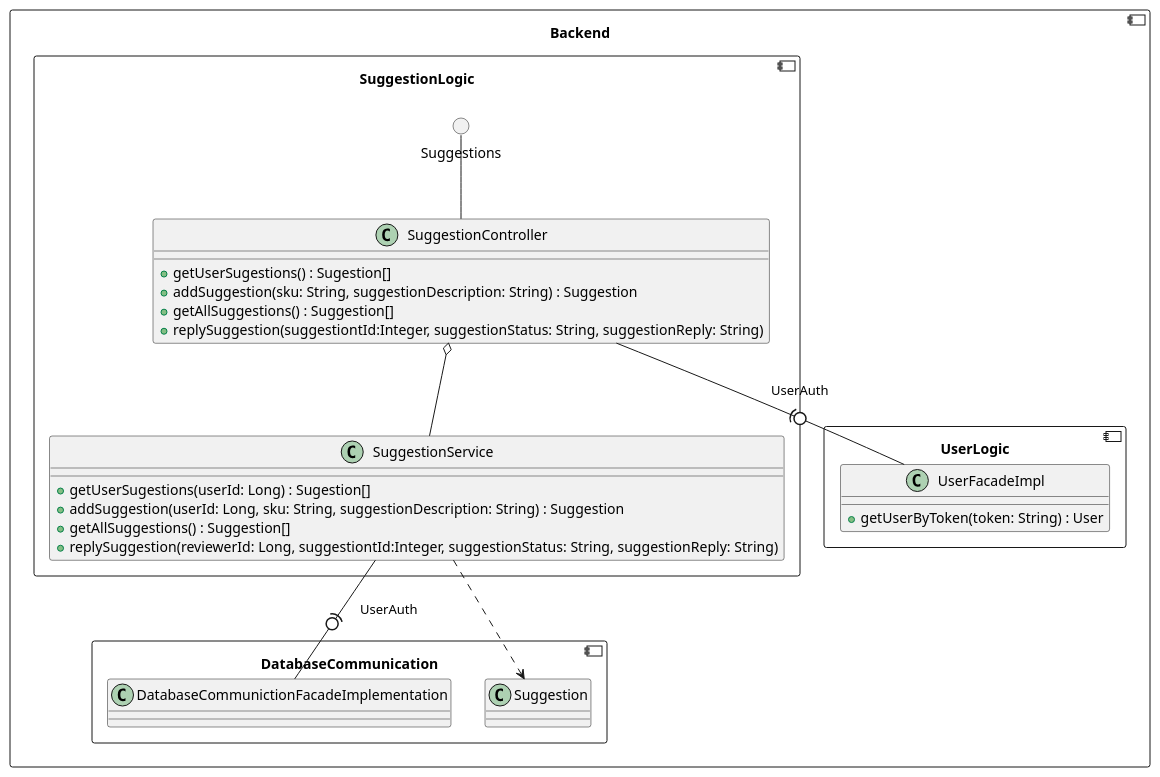
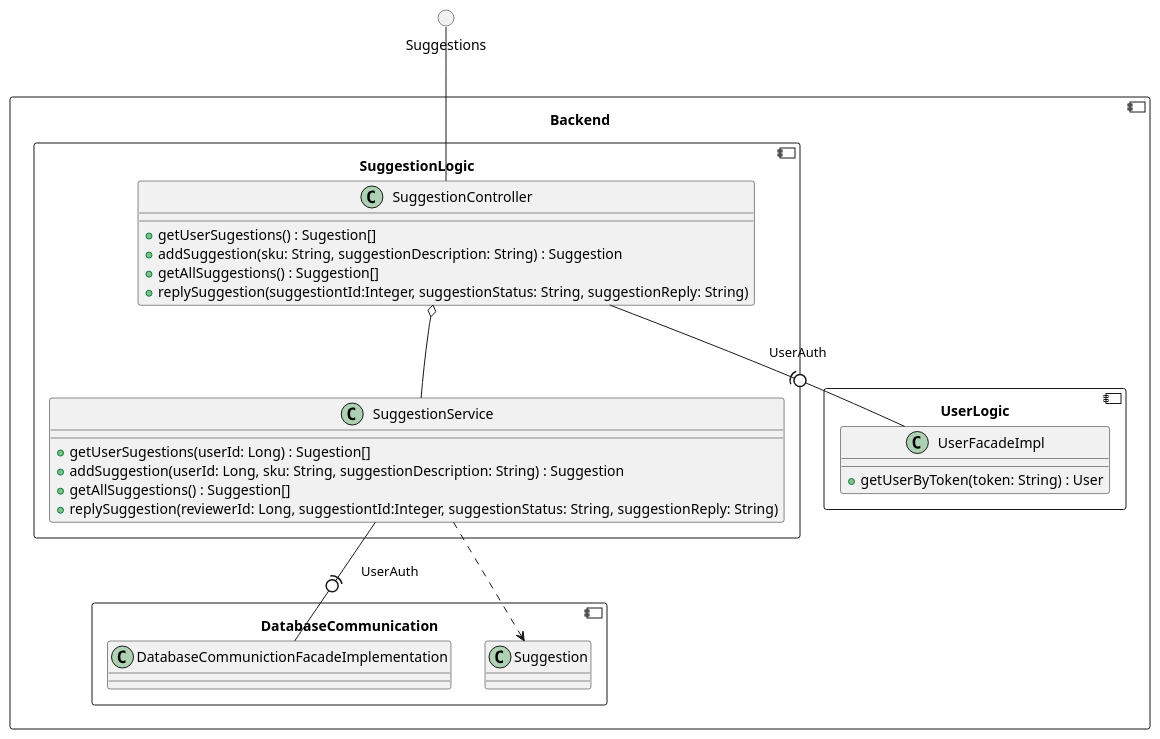
The fifth of 6 diagrams in FullClassDiagrams.md (RadekBucki/OpinionCollectorArchitecture), drawn with PlantUML before and after one commit. The commit also changed other lines of this file, not shown here.

````diff
--- a/FullClassDiagrams.md
+++ b/FullClassDiagrams.md
@@ -239,34 +239,34 @@
 ```plantuml
+circle Suggestions
 component Backend {
     component SuggestionLogic {
-        circle Suggestions
         class SuggestionController {
             + getUserSugestions() : Sugestion[]
             + addSuggestion(sku: String, suggestionDescription: String) : Suggestion
             + getAllSuggestions() : Suggestion[]
             + replySuggestion(suggestiontId:Integer, suggestionStatus: String, suggestionReply: String)
         }
         class SuggestionService {
             + getUserSugestions(userId: Long) : Sugestion[]
             + addSuggestion(userId: Long, sku: String, suggestionDescription: String) : Suggestion
             + getAllSuggestions() : Suggestion[]
             + replySuggestion(reviewerId: Long, suggestiontId:Integer, suggestionStatus: String, suggestionReply: String)
         }
         SuggestionController o-- SuggestionService
         Suggestions -- SuggestionController
     }
     component DatabaseCommunication {
         class DatabaseCommunictionFacadeImplementation
         class Suggestion
     }
     SuggestionService -(0- DatabaseCommunictionFacadeImplementation : UserAuth
     
     component UserLogic {
         class UserFacadeImpl {
             + getUserByToken(token: String) : User
         }
     }
     SuggestionController -(0- UserFacadeImpl : UserAuth
     SuggestionService    ..> Suggestion
 }
 ```
````
